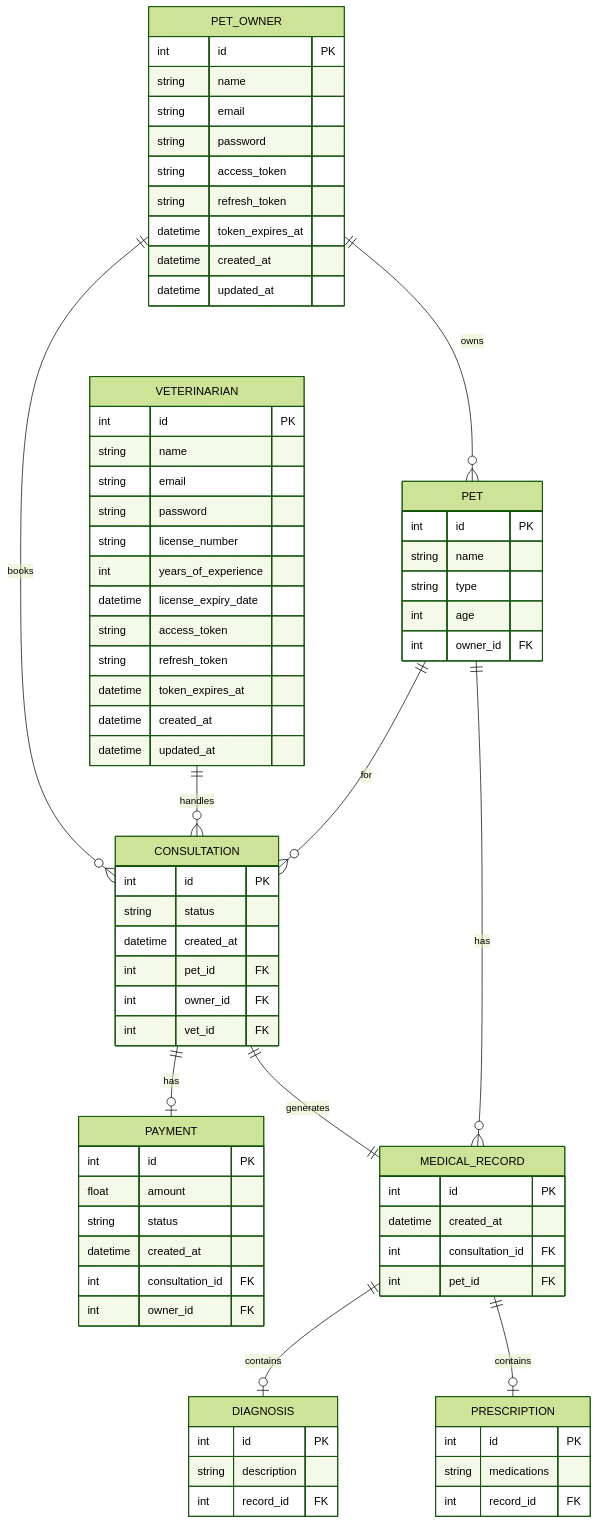
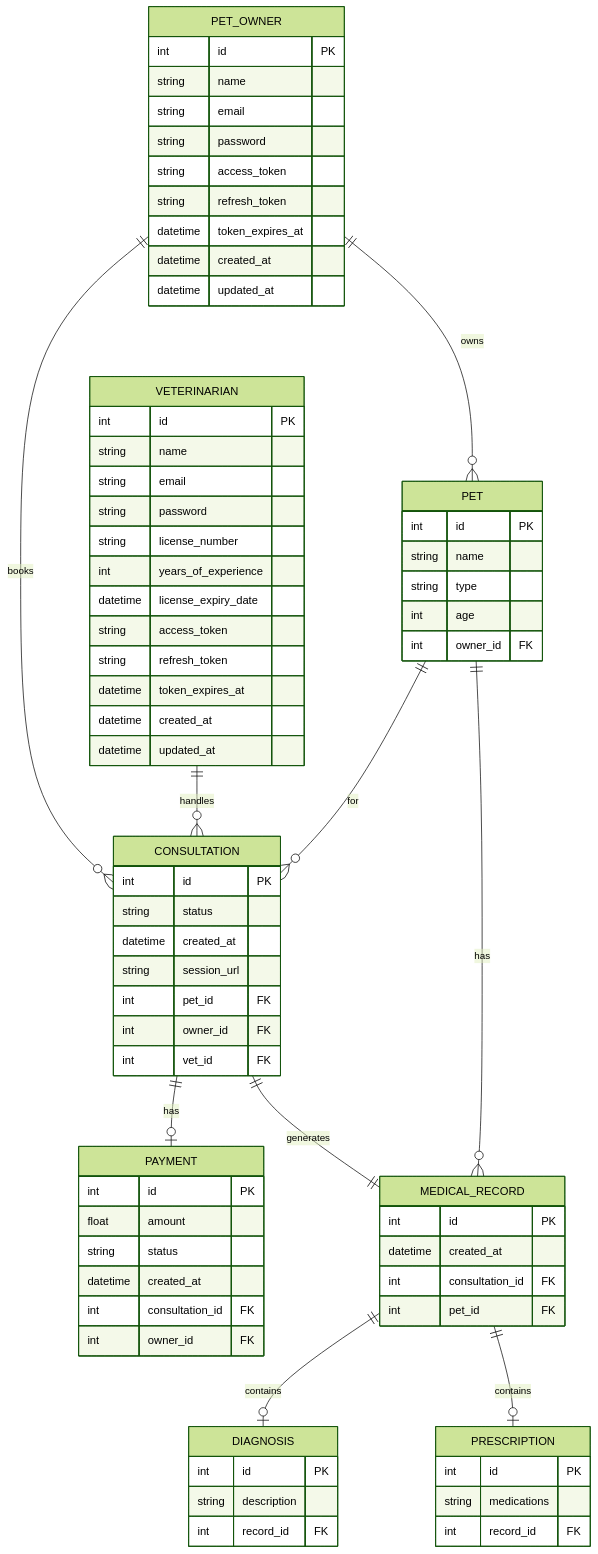
The second of 2 diagrams in documentation/Technical Documentation (Stage 3)/Task2.md (shahad-FS/PortfolioProject), drawn with Mermaid (forest theme) before and after one commit.

Commit message:
Add session_url to CONSULTATION table schema
Add session_url field to CONSULTATION table

```diff
--- a/documentation/Technical Documentation (Stage 3)/Task2.md
+++ b/documentation/Technical Documentation (Stage 3)/Task2.md
@@ -174,6 +174,7 @@
   int id PK
   string status
   datetime created_at
+  string session_url
   int pet_id FK
   int owner_id FK
   int vet_id FK
```
